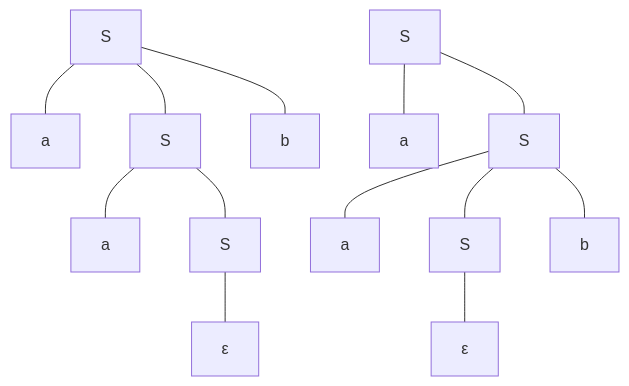
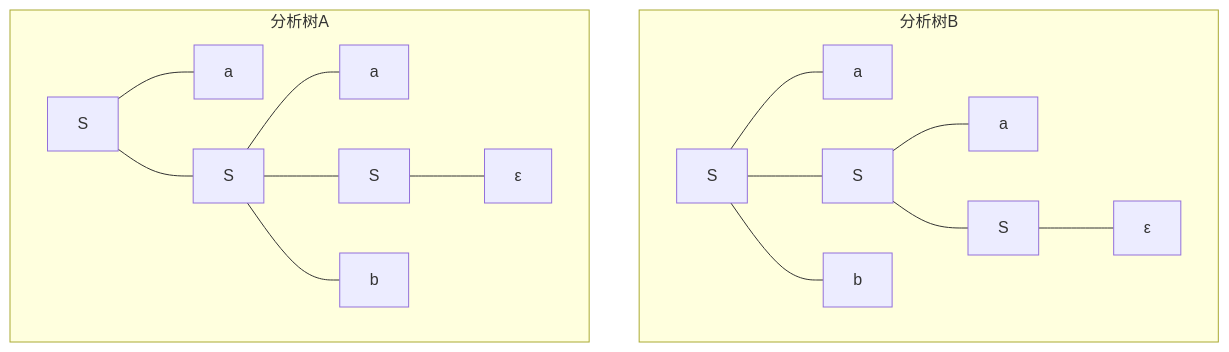
Before and after one commit to wu-kan/wu-kan.github.io: the second of 2 diagrams in _posts/2020-05-14-编译原理（四）.md, drawn with Mermaid. The commit also changed 100 other files, not shown here.

````diff
--- a/_posts/2020-05-14-编译原理（四）.md
+++ b/_posts/2020-05-14-编译原理（四）.md
@@ -99,29 +99,33 @@
 ```mermaid
 graph TB
+subgraph 分析树B
 S0---S1
 S0---S2
 S0---S3
 S2---S4
 S2---S5
 S5---S6
-S7---S8
-S7---S9
-S9---Sa
-S9---Sb
-S9---Sc
-Sb---Sd
 S0[S]
 S1[a]
 S2[S]
 S3[b]
 S4[a]
 S5[S]
 S6[ε]
+end
+subgraph 分析树A
+S7---S8
+S7---S9
+S9---Sa
+S9---Sb
+S9---Sc
+Sb---Sd
 S7[S]
 S8[a]
 S9[S]
 Sa[a]
 Sb[S]
 Sc[b]
 Sd[ε]
+end
 ```
````
